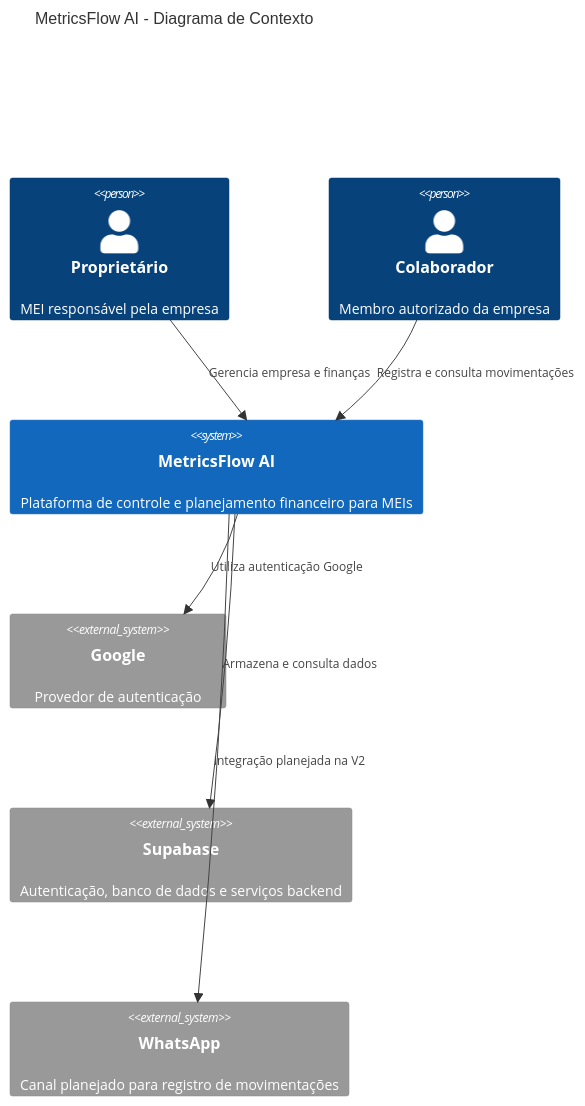
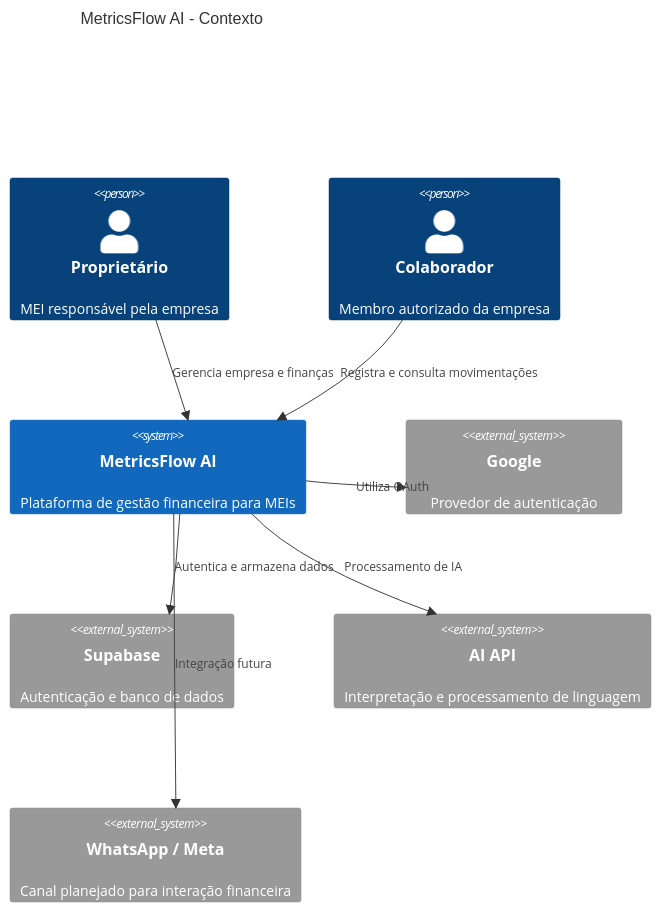
One commit to Rayck4dev/MetricsFlow_AI changed the seventh of 8 diagrams in README.md. Above: the diagram before and after it, drawn with Mermaid. The commit also changed other lines of this file, not shown here.

````diff
--- a/README.md
+++ b/README.md
@@ -879,21 +1069,23 @@
 ```mermaid
 C4Context
 
-    title MetricsFlow AI - Diagrama de Contexto
+    title MetricsFlow AI - Contexto
 
     Person(owner, "Proprietário", "MEI responsável pela empresa")
     Person(collaborator, "Colaborador", "Membro autorizado da empresa")
 
-    System(metricsflow, "MetricsFlow AI", "Plataforma de controle e planejamento financeiro para MEIs")
+    System(metricsflow, "MetricsFlow AI", "Plataforma de gestão financeira para MEIs")
 
     System_Ext(google, "Google", "Provedor de autenticação")
-    System_Ext(supabase, "Supabase", "Autenticação, banco de dados e serviços backend")
-    System_Ext(whatsapp, "WhatsApp", "Canal planejado para registro de movimentações")
+    System_Ext(supabase, "Supabase", "Autenticação e banco de dados")
+    System_Ext(openai, "AI API", "Interpretação e processamento de linguagem")
+    System_Ext(whatsapp, "WhatsApp / Meta", "Canal planejado para interação financeira")
 
     Rel(owner, metricsflow, "Gerencia empresa e finanças")
     Rel(collaborator, metricsflow, "Registra e consulta movimentações")
 
-    Rel(metricsflow, google, "Utiliza autenticação Google")
-    Rel(metricsflow, supabase, "Armazena e consulta dados")
-    Rel(metricsflow, whatsapp, "Integração planejada na V2")
+    Rel(metricsflow, google, "Utiliza OAuth")
+    Rel(metricsflow, supabase, "Autentica e armazena dados")
+    Rel(metricsflow, openai, "Processamento de IA")
+    Rel(metricsflow, whatsapp, "Integração futura")
 ```
````
